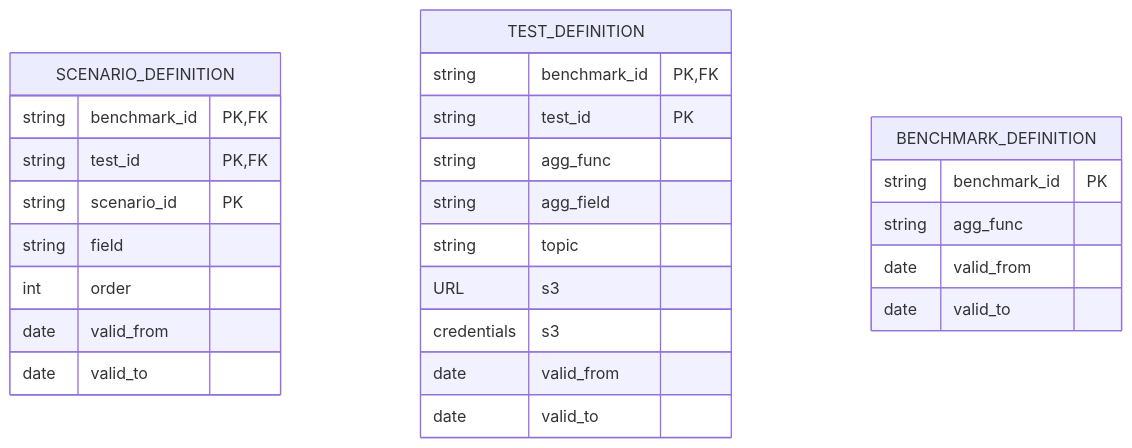
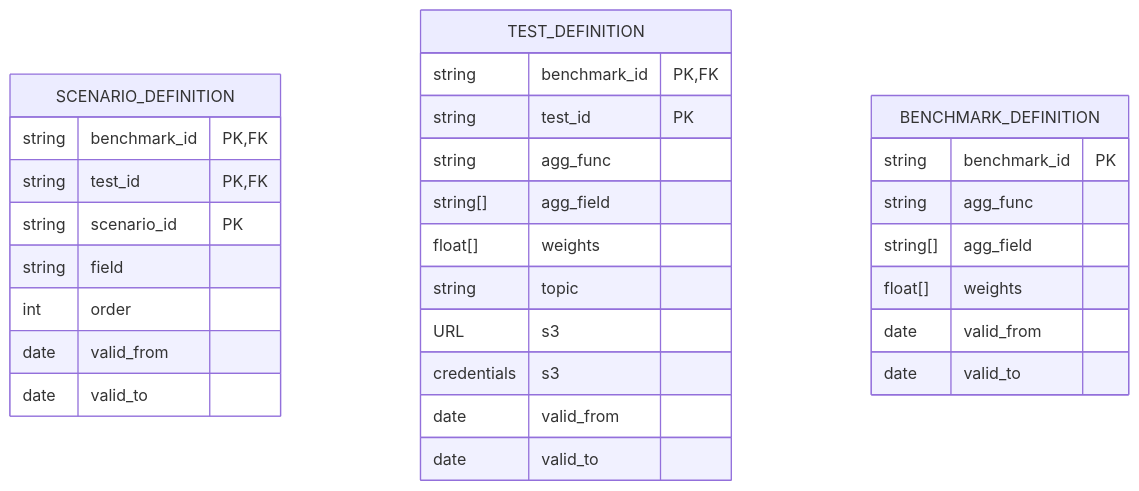
The first of 4 diagrams in docs/ARCHITECTURE.md (flatland-association/flatland-benchmarks), drawn with Mermaid before and after one commit. The commit also changed other lines of this file, not shown here.

````diff
--- a/docs/ARCHITECTURE.md
+++ b/docs/ARCHITECTURE.md
@@ -499,31 +516,34 @@
 ```mermaid
 erDiagram
   SCENARIO_DEFINITION {
     string benchmark_id PK, FK
     string test_id PK, FK
     string scenario_id PK
     string field
     int order
     date valid_from
     date valid_to
   }
 
   TEST_DEFINITION {
     string benchmark_id PK, FK
     string test_id PK
     string agg_func
-    string agg_field
+    string[] agg_field
+    float[] weights
     string topic
     URL s3
     credentials s3
     date valid_from
     date valid_to
   }
 
   BENCHMARK_DEFINITION {
     string benchmark_id PK
     string agg_func
+    string[] agg_field
+    float[] weights
     date valid_from
     date valid_to
   }
 ```
````
